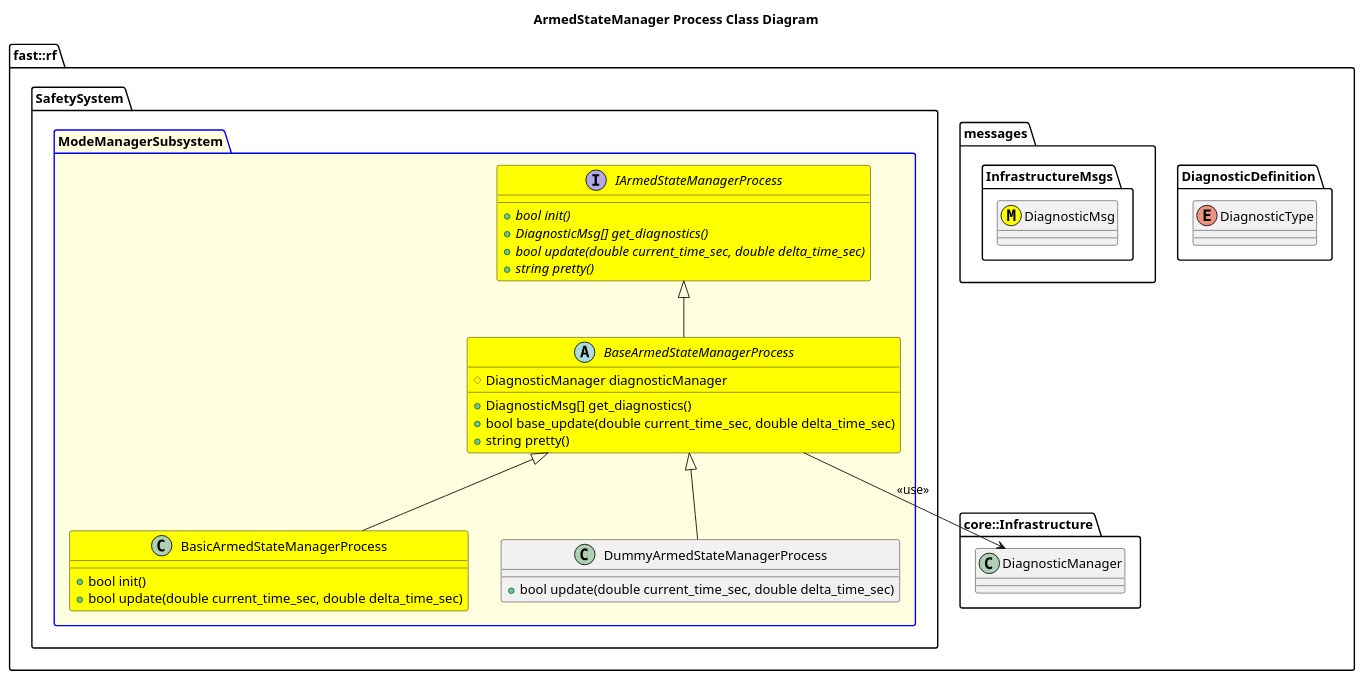
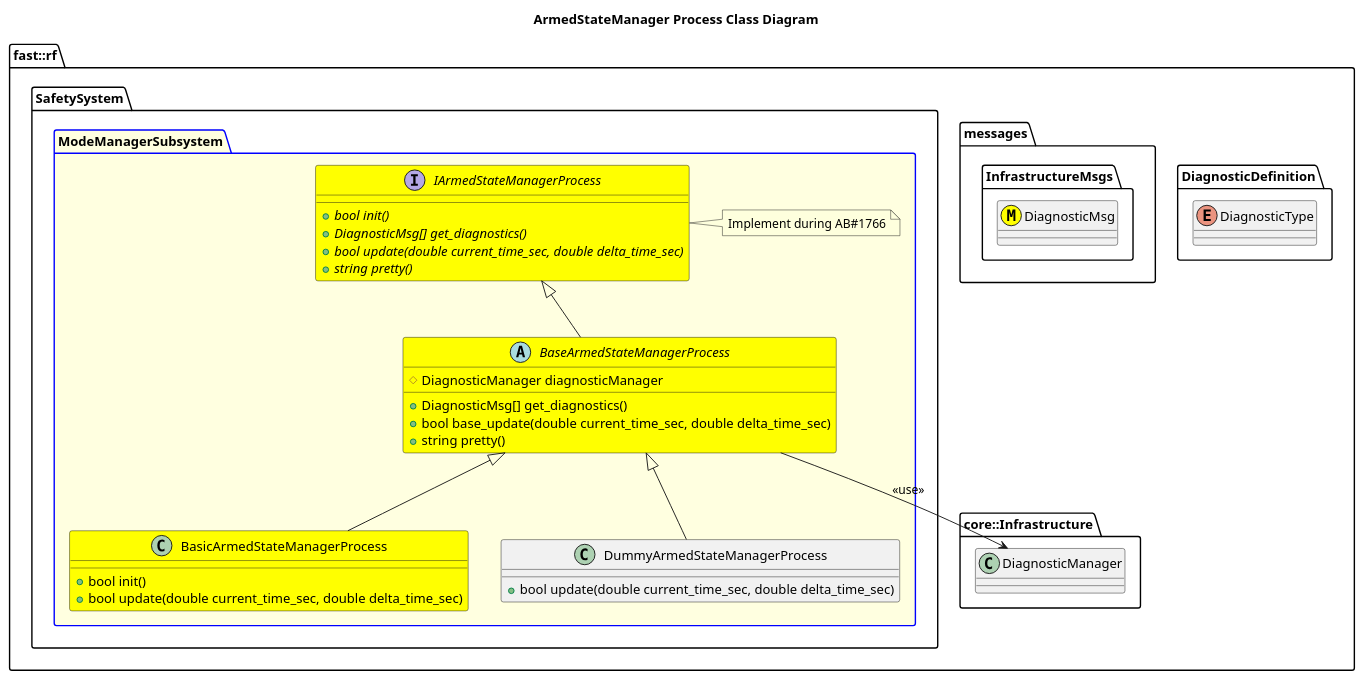
Before and after one commit to fastrobotics/robot_framework: the diagram in Systems/Safety/Subsystems/ModeManager/Processes/ArmedStateManager/doc/puml/ArmedStateManagerProcessClassDiagram.puml, drawn with PlantUML. The commit also changed 11 other files, not shown here.

```diff
--- a/Systems/Safety/Subsystems/ModeManager/Processes/ArmedStateManager/doc/puml/ArmedStateManagerProcessClassDiagram.puml
+++ b/Systems/Safety/Subsystems/ModeManager/Processes/ArmedStateManager/doc/puml/ArmedStateManagerProcessClassDiagram.puml
@@ -1,45 +1,48 @@
 @startuml
 title ArmedStateManager Process Class Diagram
 
 namespace fast::rf {
   namespace DiagnosticDefinition {
     enum DiagnosticType
   }
   namespace messages {
     namespace InfrastructureMsgs {
       class DiagnosticMsg <<(M,#FFFF00)>>
     }
   }
   namespace core::Infrastructure {
     class DiagnosticManager
   }
   namespace SafetySystem {
     package ModeManagerSubsystem #LightYellow;line:blue {
         interface IArmedStateManagerProcess #Yellow {
           +{abstract} bool init()
           +{abstract} DiagnosticMsg[] get_diagnostics()
           +{abstract} bool update(double current_time_sec, double delta_time_sec)
           +{abstract} string pretty()
         }
+        note right of IArmedStateManagerProcess
+        Implement during AB#1766
+        end note
         abstract BaseArmedStateManagerProcess #Yellow {
           +DiagnosticMsg[] get_diagnostics()
           +bool base_update(double current_time_sec, double delta_time_sec)
           +string pretty()
           #DiagnosticManager diagnosticManager
 
         }
         BaseArmedStateManagerProcess -up-|> IArmedStateManagerProcess
         BaseArmedStateManagerProcess --> DiagnosticManager: <<use>>
         class BasicArmedStateManagerProcess #Yellow {
           +bool init()
           +bool update(double current_time_sec, double delta_time_sec)
         }
         BasicArmedStateManagerProcess -up-|> BaseArmedStateManagerProcess
         class DummyArmedStateManagerProcess  {
           +bool update(double current_time_sec, double delta_time_sec)
         }
         DummyArmedStateManagerProcess -up-|> BaseArmedStateManagerProcess
     }
   }
 }
 @enduml
```
